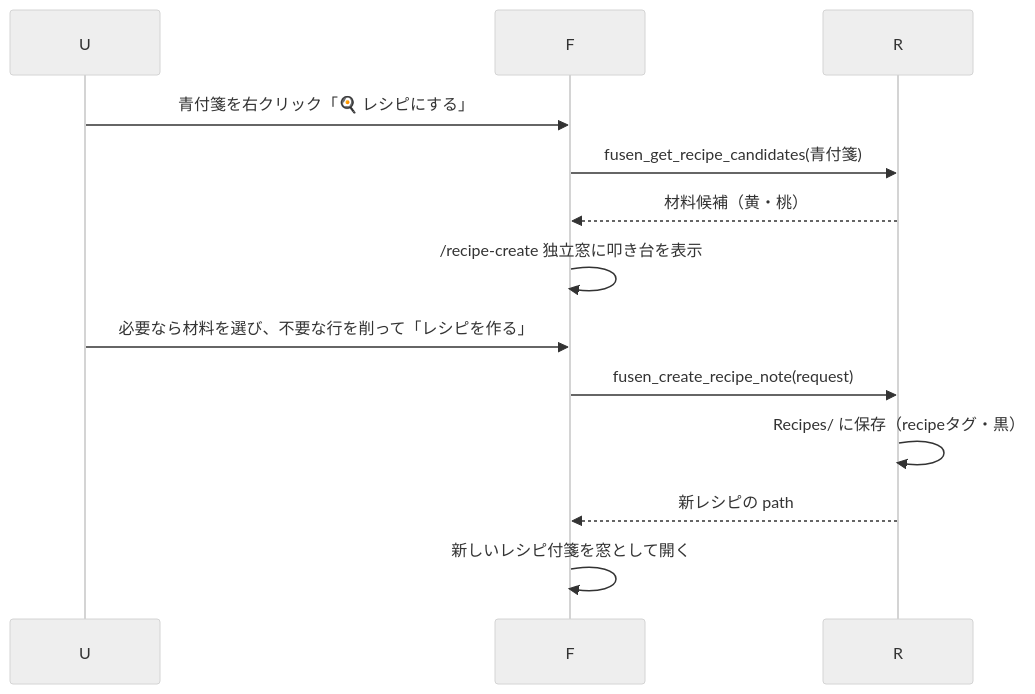
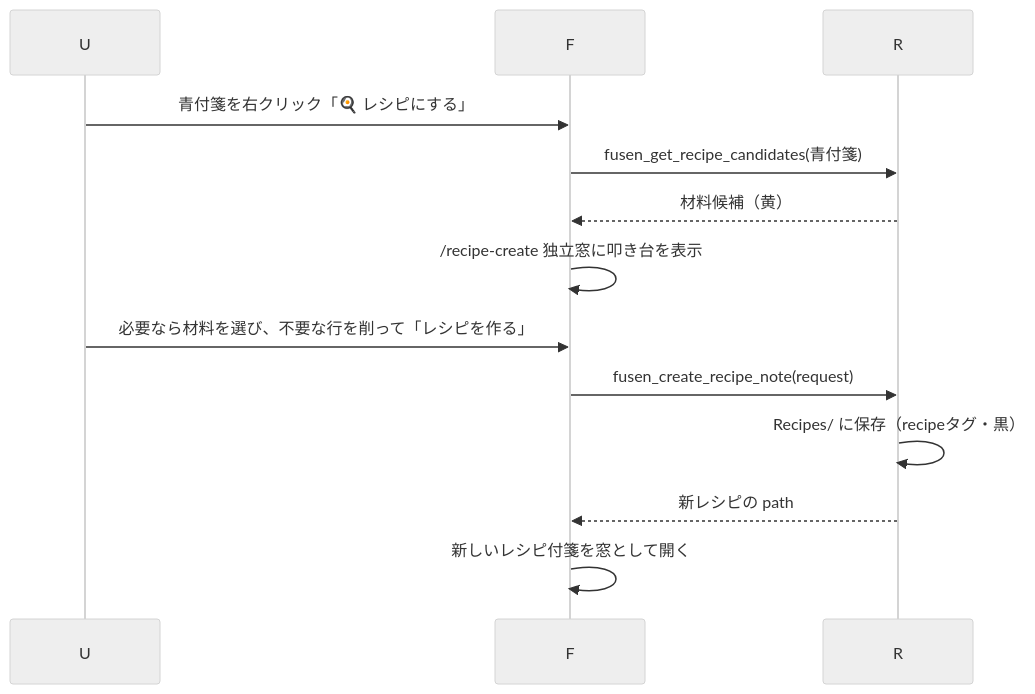
One commit to ore-no-fusen/ore-no-fusen changed diagram 13 of 16 in docs-v2/002_PC.md. Above: the diagram before and after it, drawn with Mermaid (neutral theme). The commit also changed other lines of this file and 2 other files, not shown here.

````diff
--- a/docs-v2/002_PC.md
+++ b/docs-v2/002_PC.md
@@ -1332,15 +1332,15 @@
 ```mermaid
 sequenceDiagram
     participant U as U
     participant F as F
     participant R as R
     U->>F: 青付箋を右クリック「🍳 レシピにする」
     F->>R: fusen_get_recipe_candidates(青付箋)
-    R-->>F: 材料候補（黄・桃）
+    R-->>F: 材料候補（黄）
     F->>F: /recipe-create 独立窓に叩き台を表示
     U->>F: 必要なら材料を選び、不要な行を削って「レシピを作る」
     F->>R: fusen_create_recipe_note(request)
     R->>R: Recipes/ に保存（recipeタグ・黒）
     R-->>F: 新レシピの path
     F->>F: 新しいレシピ付箋を窓として開く
 ```
````
